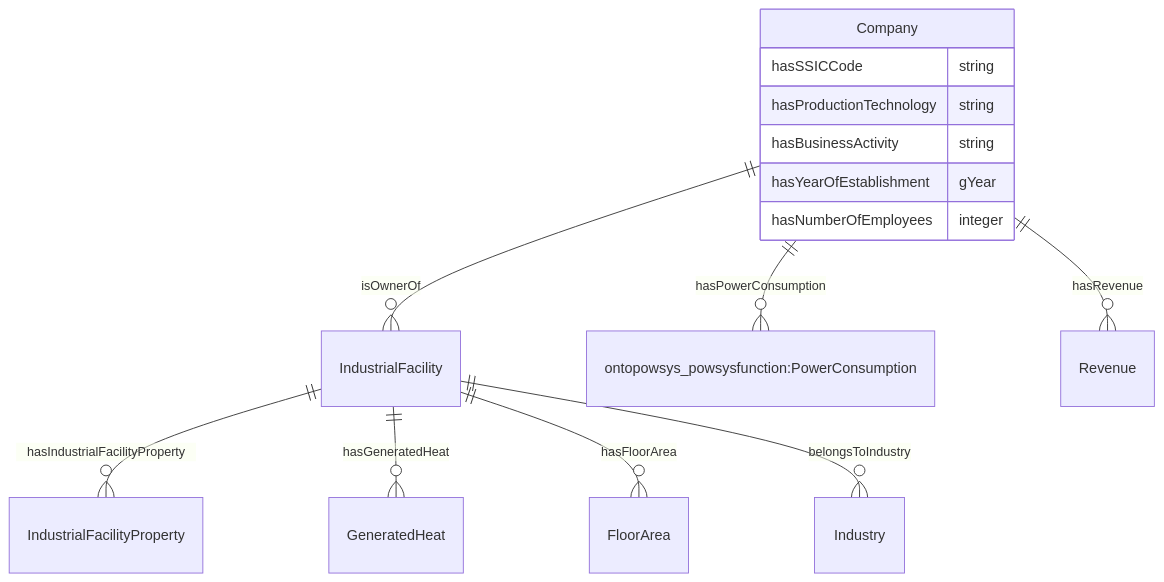
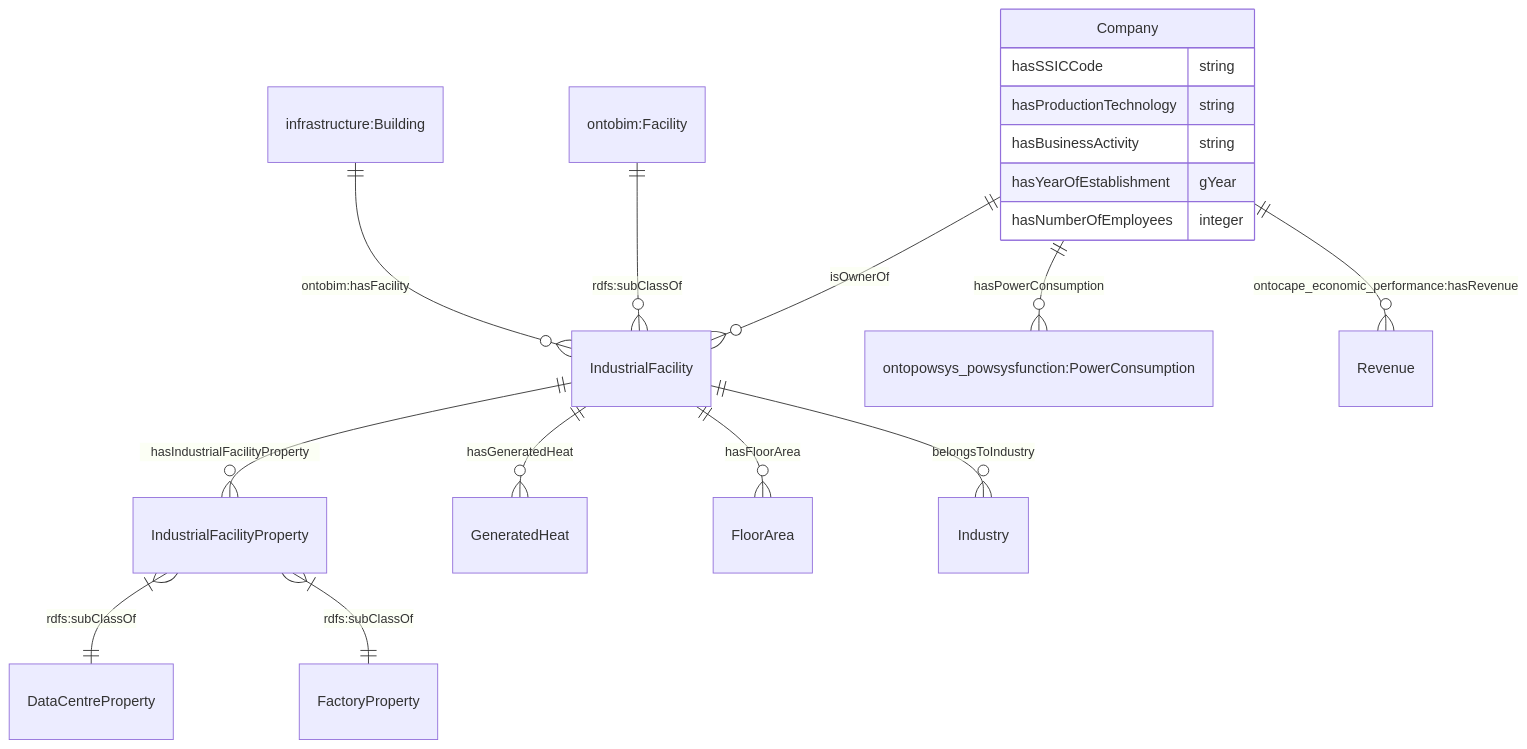
The first of 5 diagrams in JPS_Ontology/ontology/ontocompany/README.md (cambridge-cares/TheWorldAvatar), drawn with Mermaid before and after one commit. The commit also changed other lines of this file, not shown here.

````diff
--- a/JPS_Ontology/ontology/ontocompany/README.md
+++ b/JPS_Ontology/ontology/ontocompany/README.md
@@ -22,20 +24,21 @@
 ```mermaid
     erDiagram
     "Company" ||--o{ "IndustrialFacility" : isOwnerOf
     "Company" ||--o{ "ontopowsys_powsysfunction:PowerConsumption" : hasPowerConsumption
-    "Company" ||--o{ "Revenue" : hasRevenue
+    "Company" ||--o{ "Revenue" : "ontocape_economic_performance:hasRevenue"
     "Company" {
         hasSSICCode string
         hasProductionTechnology string
         hasBusinessActivity string
         hasYearOfEstablishment gYear
         hasNumberOfEmployees integer
     }
+    "infrastructure:Building" ||--o{ "IndustrialFacility" : "ontobim:hasFacility"
+    "ontobim:Facility" ||--o{ "IndustrialFacility" : "rdfs:subClassOf"
     "IndustrialFacility" ||--o{ "IndustrialFacilityProperty" : hasIndustrialFacilityProperty
-
+    "IndustrialFacilityProperty" }|--|| "DataCentreProperty" : "rdfs:subClassOf"
+    "IndustrialFacilityProperty" }|--|| "FactoryProperty" : "rdfs:subClassOf"
     "IndustrialFacility" ||--o{ "GeneratedHeat" : hasGeneratedHeat
     "IndustrialFacility" ||--o{ "FloorArea" : hasFloorArea
-
-
     "IndustrialFacility" ||--o{ "Industry" : belongsToIndustry
 ```
````
